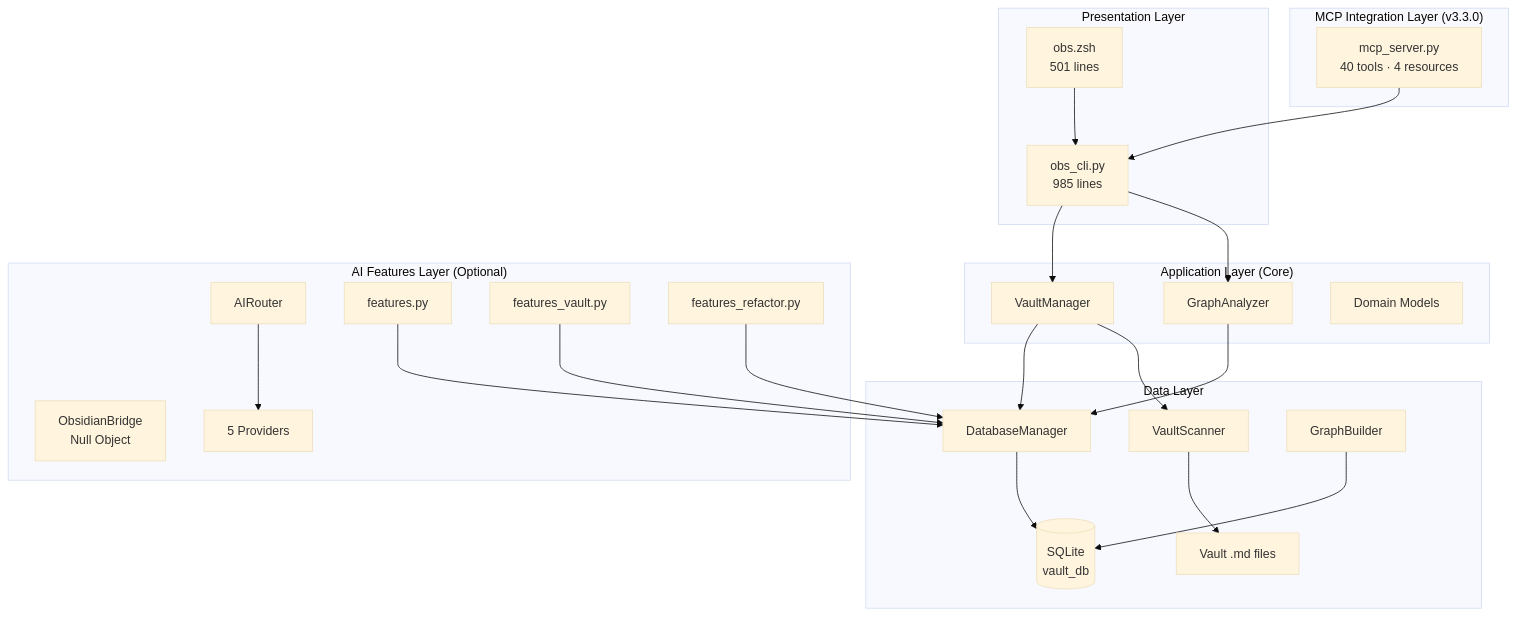
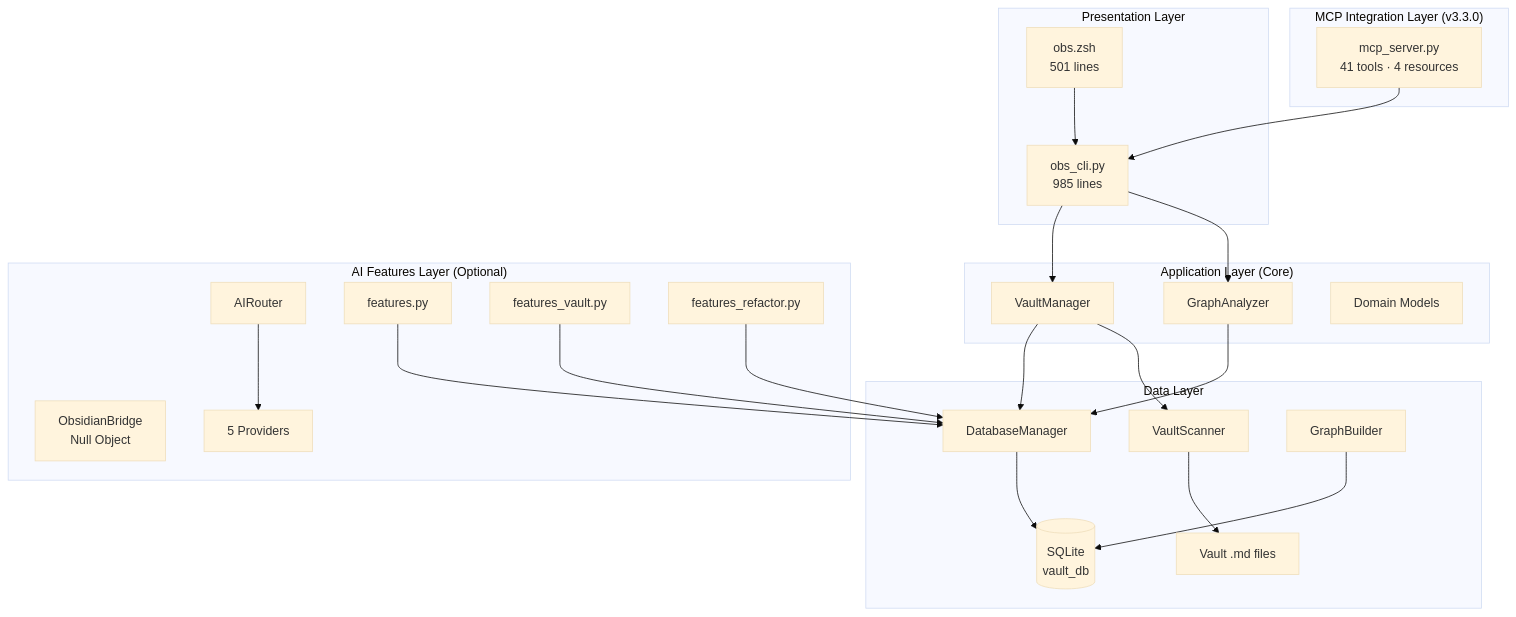
Before and after one commit to Data-Wise/obsidian-cli-ops: the first of 10 diagrams in docs_mkdocs/developer/architecture.md, drawn with Mermaid (base theme). The commit also changed other lines of this file and 17 other files, not shown here.

````diff
--- a/docs_mkdocs/developer/architecture.md
+++ b/docs_mkdocs/developer/architecture.md
@@ -11,49 +11,49 @@
 ```mermaid
 flowchart TD
     subgraph Presentation["Presentation Layer"]
         Z[obs.zsh\n501 lines]
         P[obs_cli.py\n985 lines]
     end
 
     subgraph MCP["MCP Integration Layer (v3.3.0)"]
-        M[mcp_server.py\n40 tools · 4 resources]
+        M[mcp_server.py\n41 tools · 4 resources]
     end
 
     subgraph Core["Application Layer (Core)"]
         VM[VaultManager]
         GA[GraphAnalyzer]
         DM[Domain Models]
     end
 
     subgraph AI["AI Features Layer (Optional)"]
         AR[AIRouter]
         FT[features.py]
         FV[features_vault.py]
         FR[features_refactor.py]
         OB[ObsidianBridge\nNull Object]
         PR[5 Providers]
     end
 
     subgraph Data["Data Layer"]
         DB[DatabaseManager]
         VS[VaultScanner]
         GB[GraphBuilder]
         SQ[(SQLite\nvault_db)]
         FS[Vault .md files]
     end
 
     Z --> P
     P --> VM
     P --> GA
     M --> P
     VM --> DB
     GA --> DB
     VM --> VS
     VS --> FS
     FT --> DB
     FV --> DB
     FR --> DB
     AR --> PR
     DB --> SQ
     GB --> SQ
 ```
````
